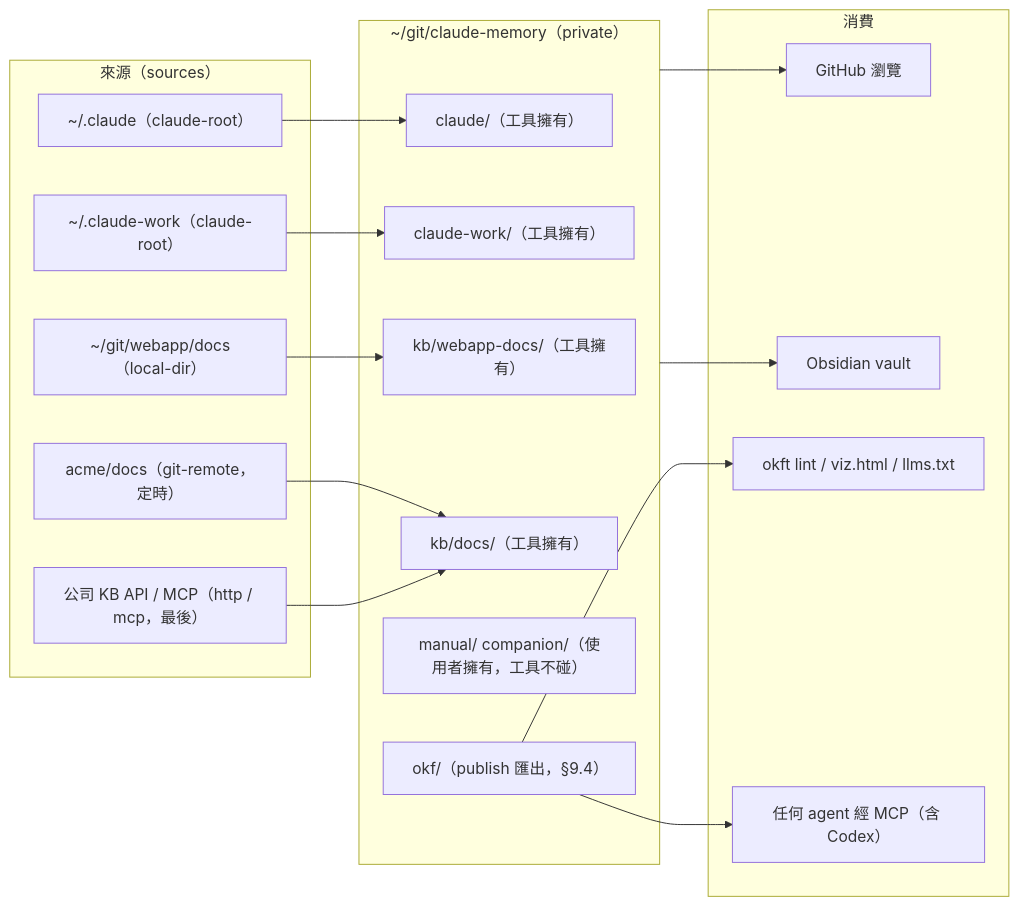
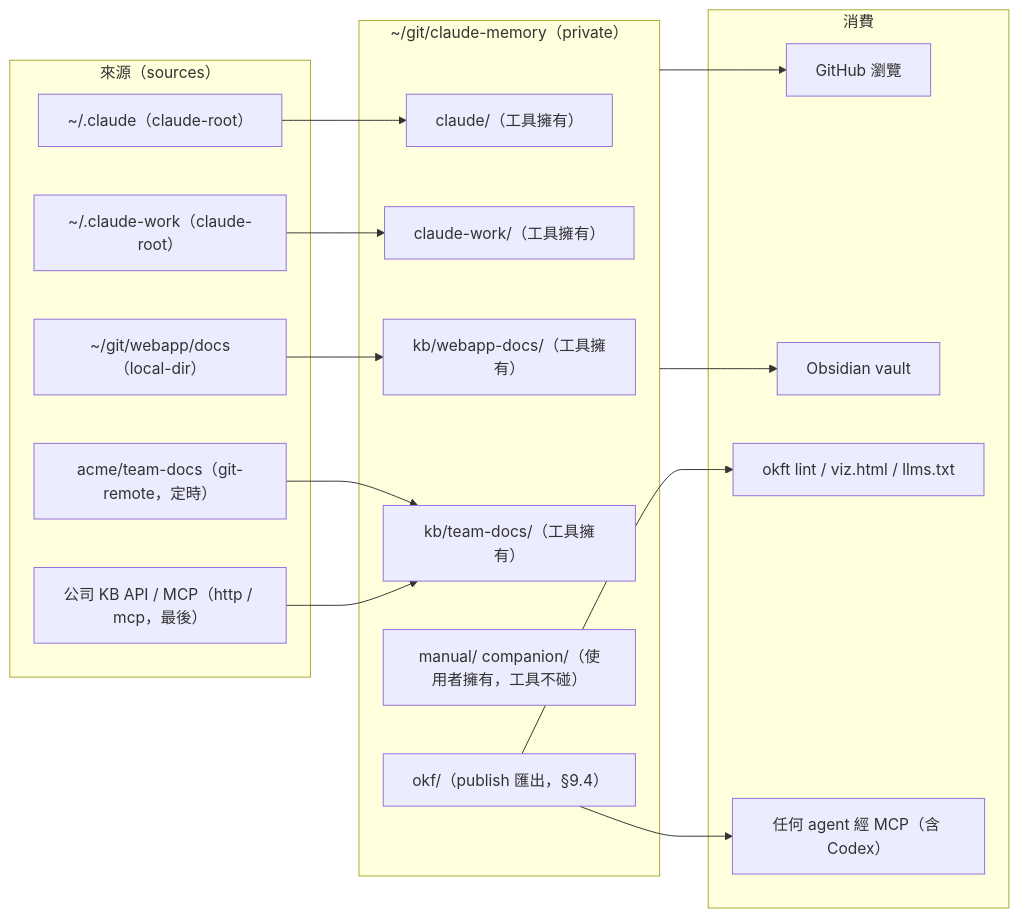
The fourth of 5 diagrams in docs/design-zh-tw.md (grimmerk/memsaga), drawn with Mermaid before and after one commit. The commit also changed other lines of this file and 1 other file, not shown here.

````diff
--- a/docs/design-zh-tw.md
+++ b/docs/design-zh-tw.md
@@ -623,33 +625,33 @@
 ```mermaid
 flowchart LR
     subgraph S["來源（sources）"]
         S1["~/.claude（claude-root）"]
         S2["~/.claude-work（claude-root）"]
         S3["~/git/webapp/docs（local-dir）"]
-        S4["acme/docs（git-remote，定時）"]
+        S4["acme/team-docs（git-remote，定時）"]
         S5["公司 KB API / MCP（http / mcp，最後）"]
     end
     subgraph R["~/git/claude-memory（private）"]
         T1["claude/（工具擁有）"]
         T2["claude-work/（工具擁有）"]
         T3["kb/webapp-docs/（工具擁有）"]
-        T4["kb/docs/（工具擁有）"]
+        T4["kb/team-docs/（工具擁有）"]
         T5["manual/ companion/（使用者擁有，工具不碰）"]
         T6["okf/（publish 匯出，§9.4）"]
     end
     subgraph C["消費"]
         C1["GitHub 瀏覽"]
         C2["Obsidian vault"]
         C3["okft lint / viz.html / llms.txt"]
         C4["任何 agent 經 MCP（含 Codex）"]
     end
     S1 --> T1
     S2 --> T2
     S3 --> T3
     S4 --> T4
     S5 --> T4
     R --> C1
     R --> C2
     T6 --> C3
     T6 --> C4
 ```
````
